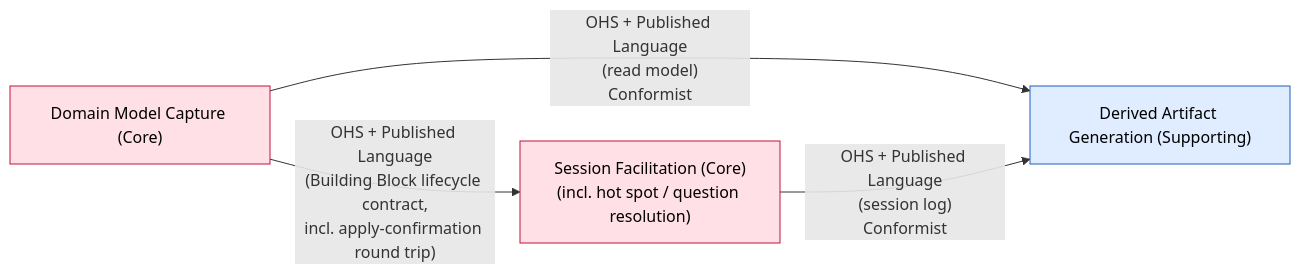
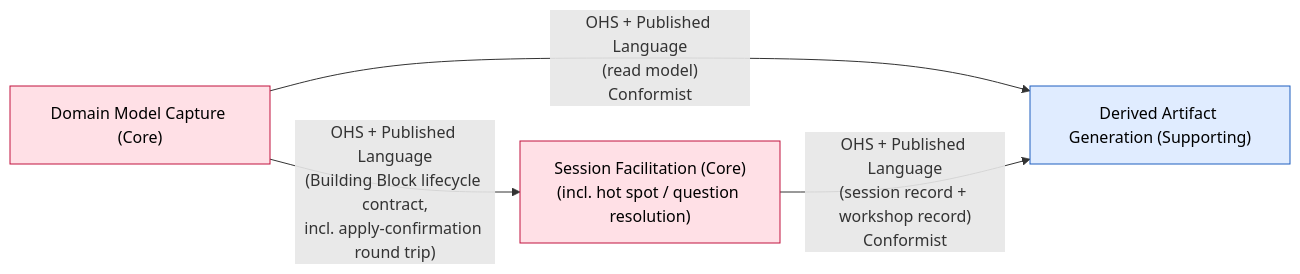
The diagram in docs/domain/context-map.md (vinialbano/eventstormer), drawn with Mermaid before and after one commit. The commit also changed other lines of this file and 3 other files, not shown here.

````diff
--- a/docs/domain/context-map.md
+++ b/docs/domain/context-map.md
@@ -41,16 +41,16 @@
 ```mermaid
 flowchart LR
   Capture["Domain Model Capture (Core)"]
   Facil["Session Facilitation (Core)\n(incl. hot spot / question resolution)"]
   Artifact["Derived Artifact Generation (Supporting)"]
 
   Capture -->|"OHS + Published Language\n(Building Block lifecycle contract,\nincl. apply-confirmation round trip)"| Facil
   Capture -->|"OHS + Published Language\n(read model)\nConformist"| Artifact
-  Facil -->|"OHS + Published Language\n(session log)\nConformist"| Artifact
+  Facil -->|"OHS + Published Language\n(session record + workshop record)\nConformist"| Artifact
 
   classDef core fill:#ffe0e6,stroke:#c1123e,color:#000
   classDef sup fill:#e0ecff,stroke:#1f5fbf,color:#000
   class Capture core
   class Facil core
   class Artifact sup
 ```
````
